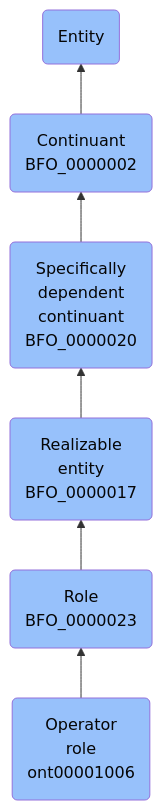
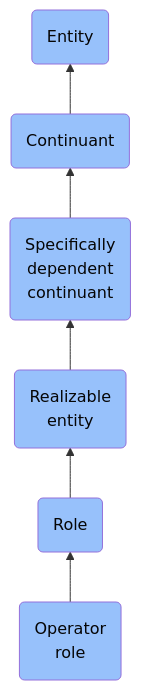
One commit to jupyter-naas/abi changed the diagram in docs/ontology/reference/model/Entity/Continuant/Specifically dependent continuant/Realizable entity/Role/Operator role/Operator role.md. Above: the diagram before and after it, drawn with Mermaid. The commit also changed other lines of this file and 1430 other files, not shown here.

````diff
--- a/docs/ontology/reference/model/Entity/Continuant/Specifically dependent continuant/Realizable entity/Role/Operator role/Operator role.md
+++ b/docs/ontology/reference/model/Entity/Continuant/Specifically dependent continuant/Realizable entity/Role/Operator role/Operator role.md
@@ -26,13 +26,13 @@
 ```mermaid
 graph BT
-    ont00001006(Operator<br>role<br>ont00001006):::BFO-->BFO_0000023
-    BFO_0000023(Role<br>BFO_0000023):::BFO-->BFO_0000017
-    BFO_0000017(Realizable<br>entity<br>BFO_0000017):::BFO-->BFO_0000020
-    BFO_0000020(Specifically<br>dependent<br>continuant<br>BFO_0000020):::BFO-->BFO_0000002
-    BFO_0000002(Continuant<br>BFO_0000002):::BFO-->BFO_0000001
+    ont00001006(Operator<br>role):::BFO-->BFO_0000023
+    BFO_0000023(Role):::BFO-->BFO_0000017
+    BFO_0000017(Realizable<br>entity):::BFO-->BFO_0000020
+    BFO_0000020(Specifically<br>dependent<br>continuant):::BFO-->BFO_0000002
+    BFO_0000002(Continuant):::BFO-->BFO_0000001
     BFO_0000001(Entity):::BFO
     
     classDef BFO fill:#97c1fb,color:#060606
     classDef CCO fill:#e4c51e,color:#060606
     classDef ABI fill:#48DD82,color:#060606
 ```
````
